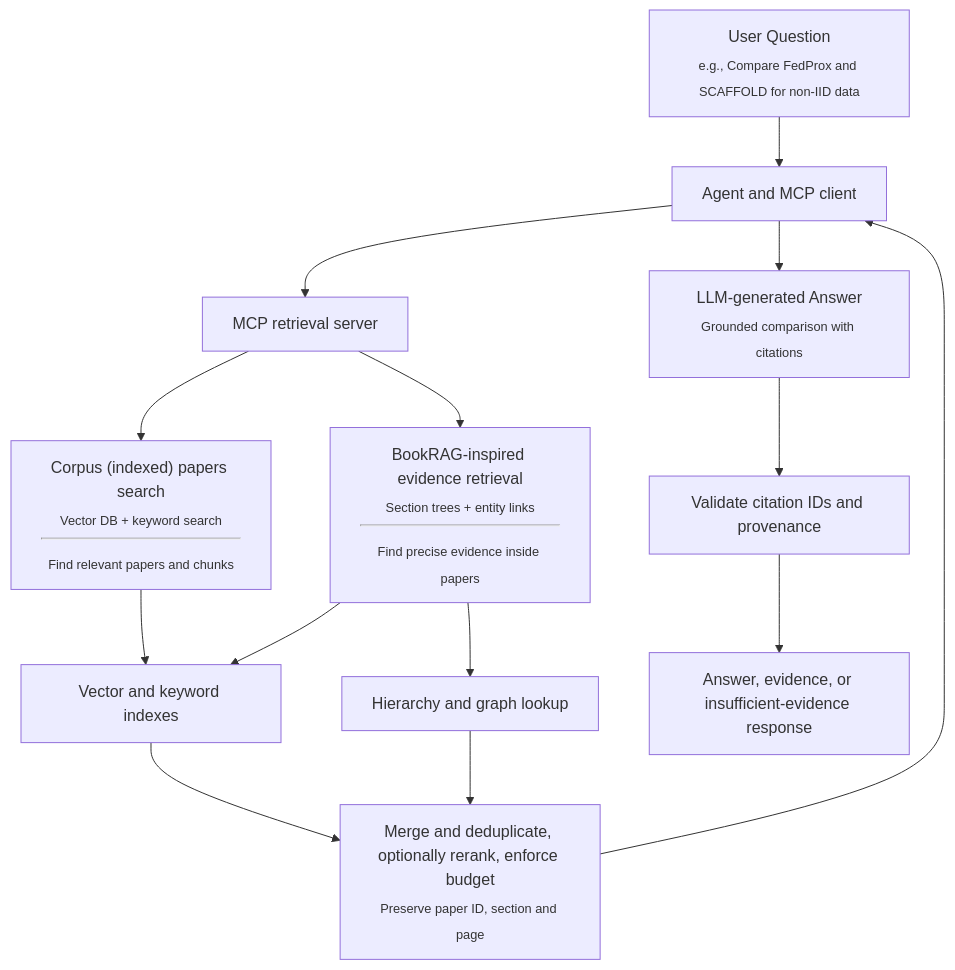
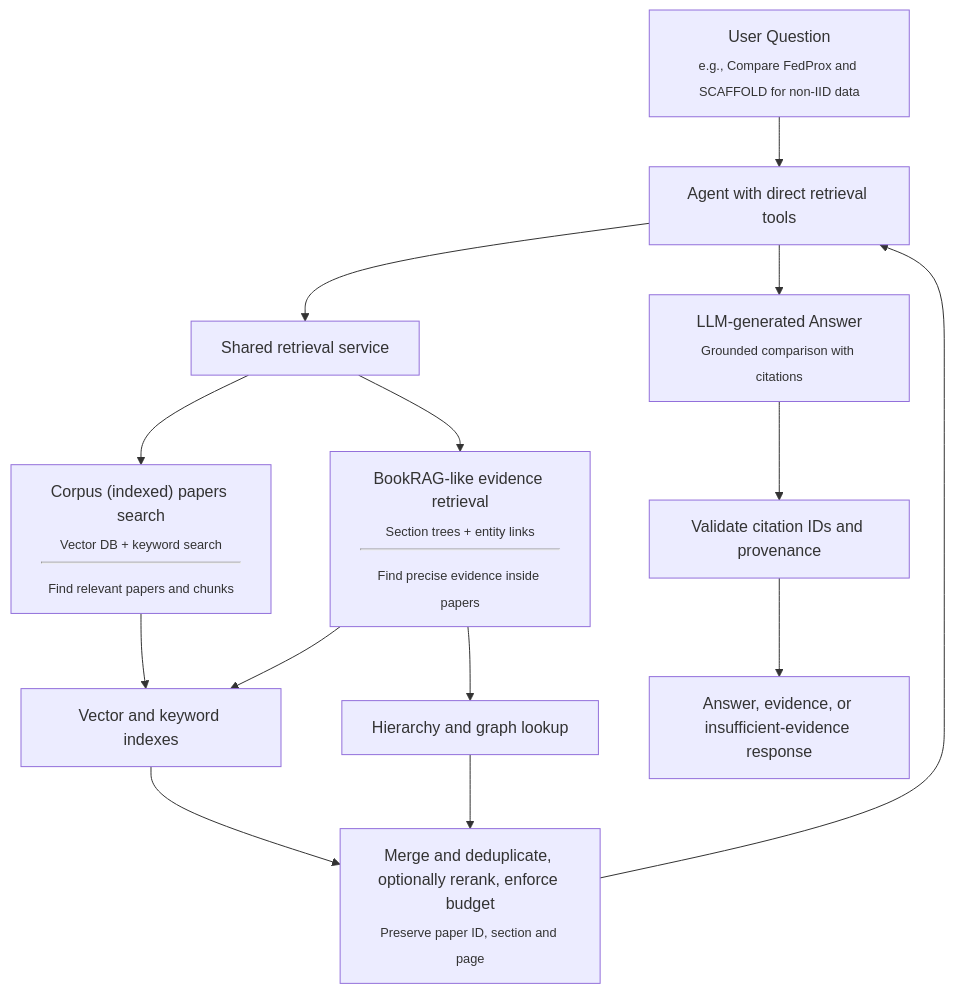
Before and after one commit to ifirdavs/bookrag-augmented: the second of 2 diagrams in README.md, drawn with Mermaid. The commit also changed other lines of this file and 58 other files, not shown here.

Commit message:
feat: phase 0-2: preprocess pdfs, implement basic rag basic rag with fixed size chunking and reranking, evaluation B0

````diff
--- a/README.md
+++ b/README.md
@@ -90,16 +92,16 @@
 ```mermaid
 flowchart TD
-    A["User Question<br><sub style='font-size:0.8em'>e.g., Compare FedProx and SCAFFOLD for non-IID data</sub>"] --> B["Agent and MCP client"]
-    B --> C["MCP retrieval server"]
+    A["User Question<br><sub style='font-size:0.8em'>e.g., Compare FedProx and SCAFFOLD for non-IID data</sub>"] --> B["Agent with direct retrieval tools"]
+    B --> C["Shared retrieval service"]
     C --> D["Corpus (indexed) papers search<br><sub style='font-size:0.8em'>Vector DB + keyword search</sub><br><hr><sub style='font-size:0.8em'>Find relevant papers and chunks</sub>"]
-    C --> E["BookRAG-inspired evidence retrieval<br><sub style='font-size:0.8em'>Section trees + entity links</sub><br><hr><sub style='font-size:0.8em'>Find precise evidence inside papers</sub>"]
+    C --> E["BookRAG-like evidence retrieval<br><sub style='font-size:0.8em'>Section trees + entity links</sub><br><hr><sub style='font-size:0.8em'>Find precise evidence inside papers</sub>"]
     D --> F["Vector and keyword indexes"]
     E --> F
     E --> G["Hierarchy and graph lookup"]
     F --> H["Merge and deduplicate, optionally rerank, enforce budget<br><sub style='font-size:0.8em'>Preserve paper ID, section and page</sub>"]
     G --> H
     H --> B
     B --> I["LLM-generated Answer<br><sub style='font-size:0.8em'>Grounded comparison with citations</sub>"]
     I --> J["Validate citation IDs and provenance"]
     J --> K["Answer, evidence, or insufficient-evidence response"]
 ```
````
